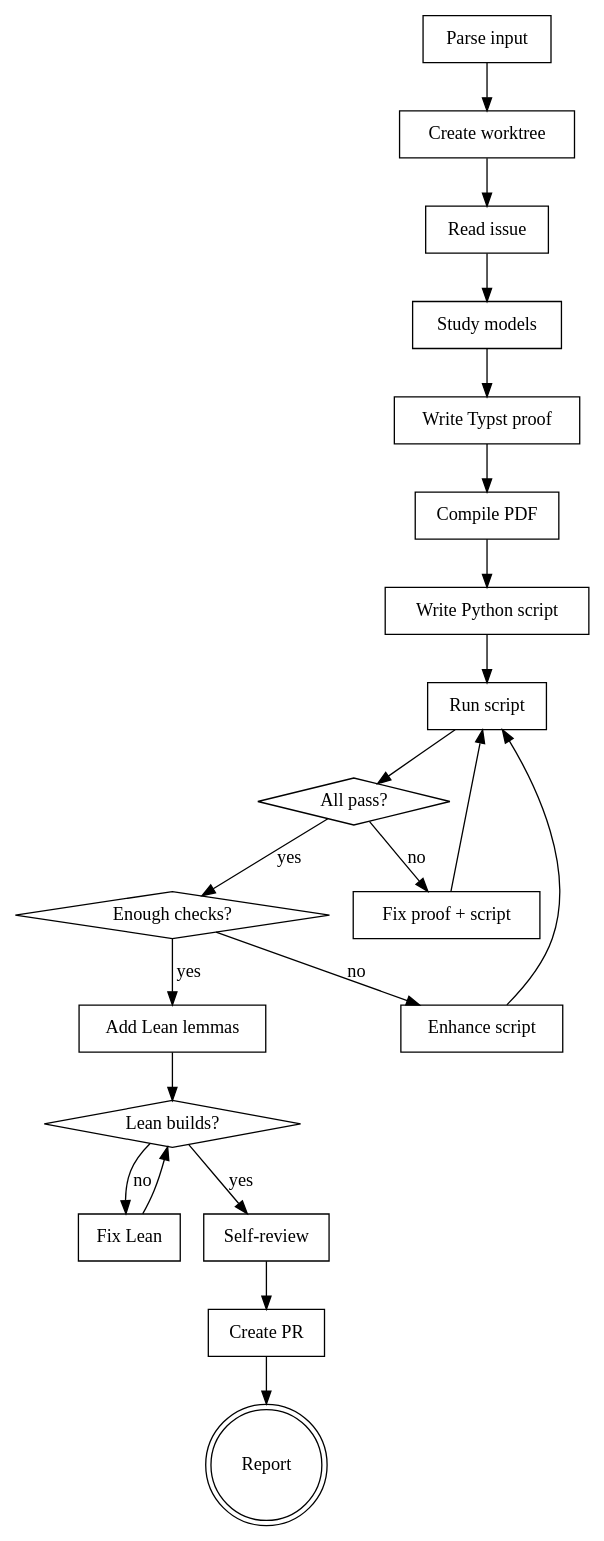
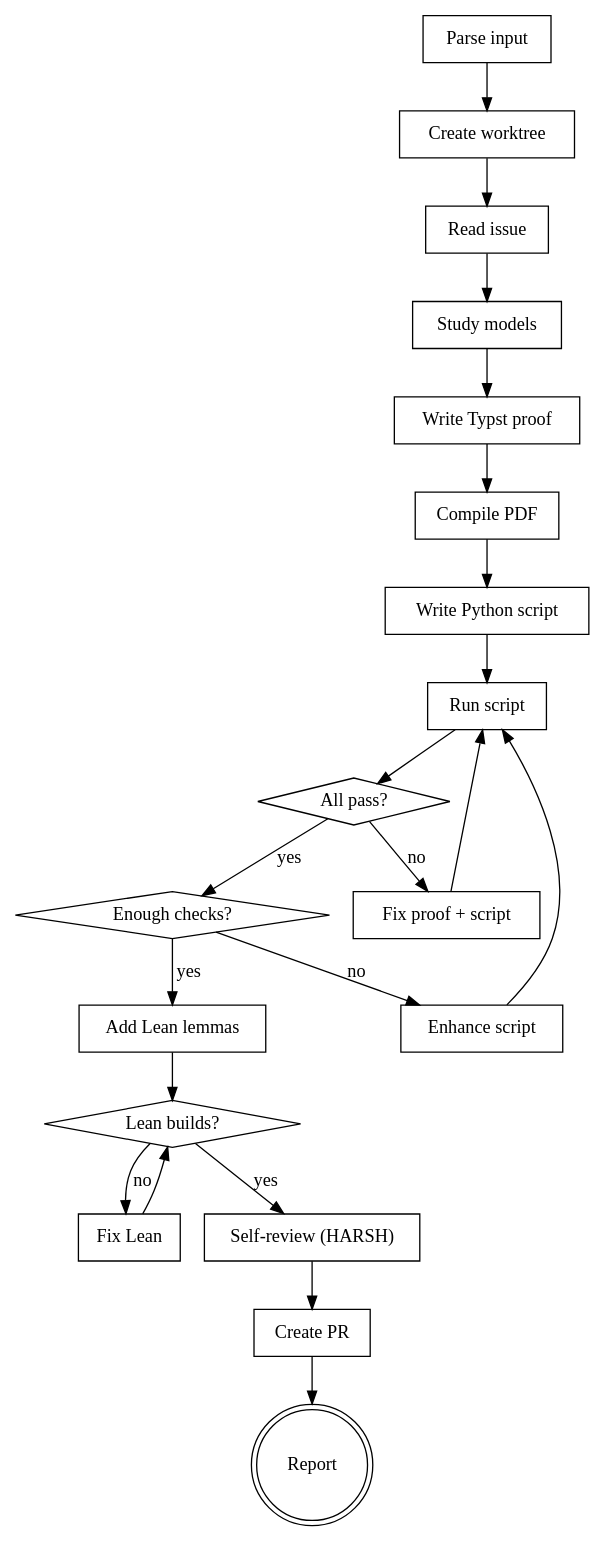
Before and after one commit to CodingThrust/problem-reductions: the diagram in .claude/skills/verify-reduction/SKILL.md, drawn with Graphviz. The commit also changed other lines of this file, not shown here.

````diff
--- a/.claude/skills/verify-reduction/SKILL.md
+++ b/.claude/skills/verify-reduction/SKILL.md
@@ -22,44 +24,44 @@
 ```dot
 digraph verify {
     rankdir=TB;
     "Parse input" [shape=box];
     "Create worktree" [shape=box];
     "Read issue" [shape=box];
     "Study models" [shape=box];
     "Write Typst proof" [shape=box];
     "Compile PDF" [shape=box];
     "Write Python script" [shape=box];
     "Run script" [shape=box];
     "All pass?" [shape=diamond];
     "Fix proof + script" [shape=box];
     "Enough checks?" [shape=diamond];
     "Enhance script" [shape=box];
     "Add Lean lemmas" [shape=box];
     "Lean builds?" [shape=diamond];
     "Fix Lean" [shape=box];
-    "Self-review" [shape=box];
+    "Self-review (HARSH)" [shape=box];
     "Create PR" [shape=box];
     "Report" [shape=doublecircle];
 
     "Parse input" -> "Create worktree";
     "Create worktree" -> "Read issue";
     "Read issue" -> "Study models";
     "Study models" -> "Write Typst proof";
     "Write Typst proof" -> "Compile PDF";
     "Compile PDF" -> "Write Python script";
     "Write Python script" -> "Run script";
     "Run script" -> "All pass?";
     "All pass?" -> "Enough checks?" [label="yes"];
     "All pass?" -> "Fix proof + script" [label="no"];
     "Fix proof + script" -> "Run script";
     "Enough checks?" -> "Add Lean lemmas" [label="yes"];
     "Enough checks?" -> "Enhance script" [label="no"];
     "Enhance script" -> "Run script";
     "Add Lean lemmas" -> "Lean builds?";
-    "Lean builds?" -> "Self-review" [label="yes"];
+    "Lean builds?" -> "Self-review (HARSH)" [label="yes"];
     "Lean builds?" -> "Fix Lean" [label="no"];
     "Fix Lean" -> "Lean builds?";
-    "Self-review" -> "Create PR";
+    "Self-review (HARSH)" -> "Create PR";
     "Create PR" -> "Report";
 }
 ```
````
